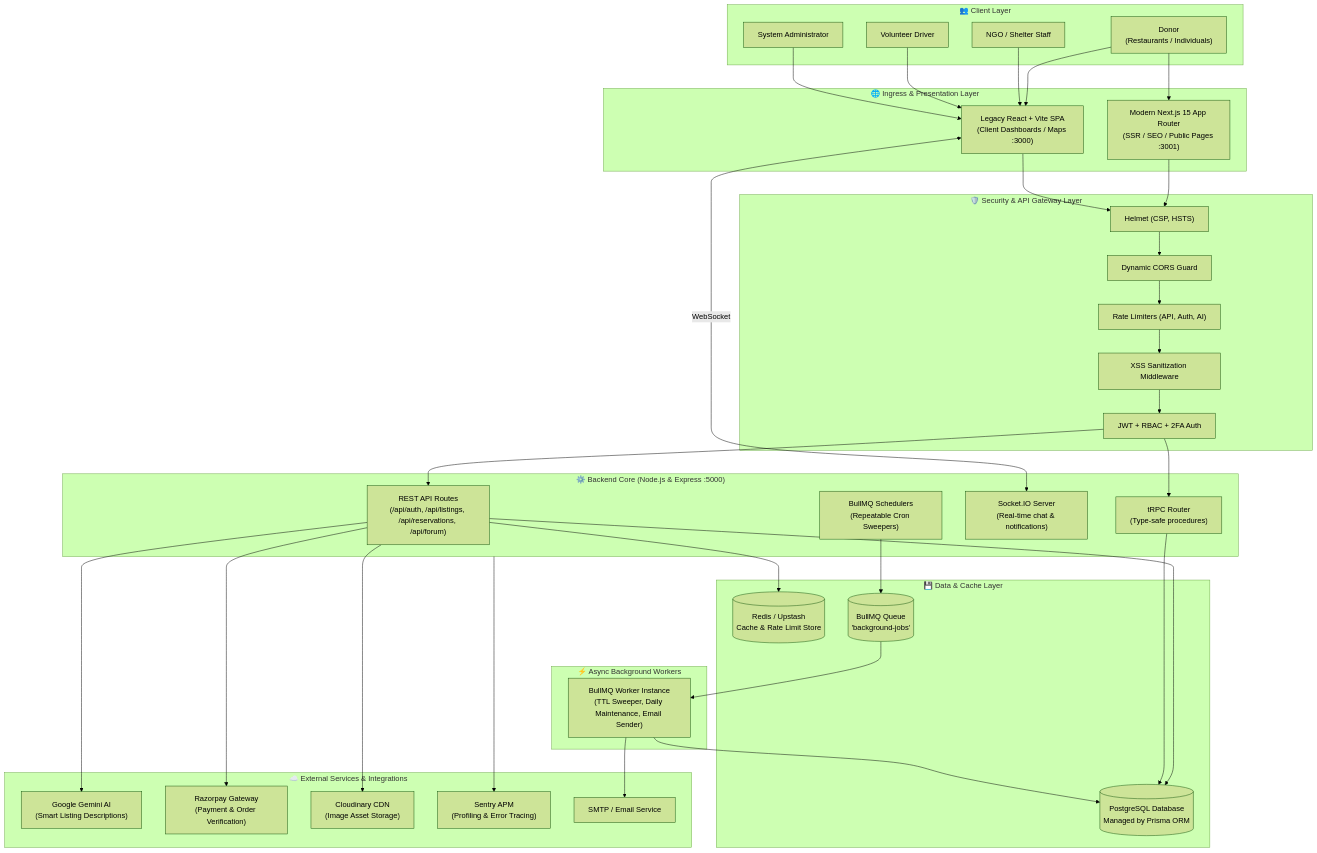
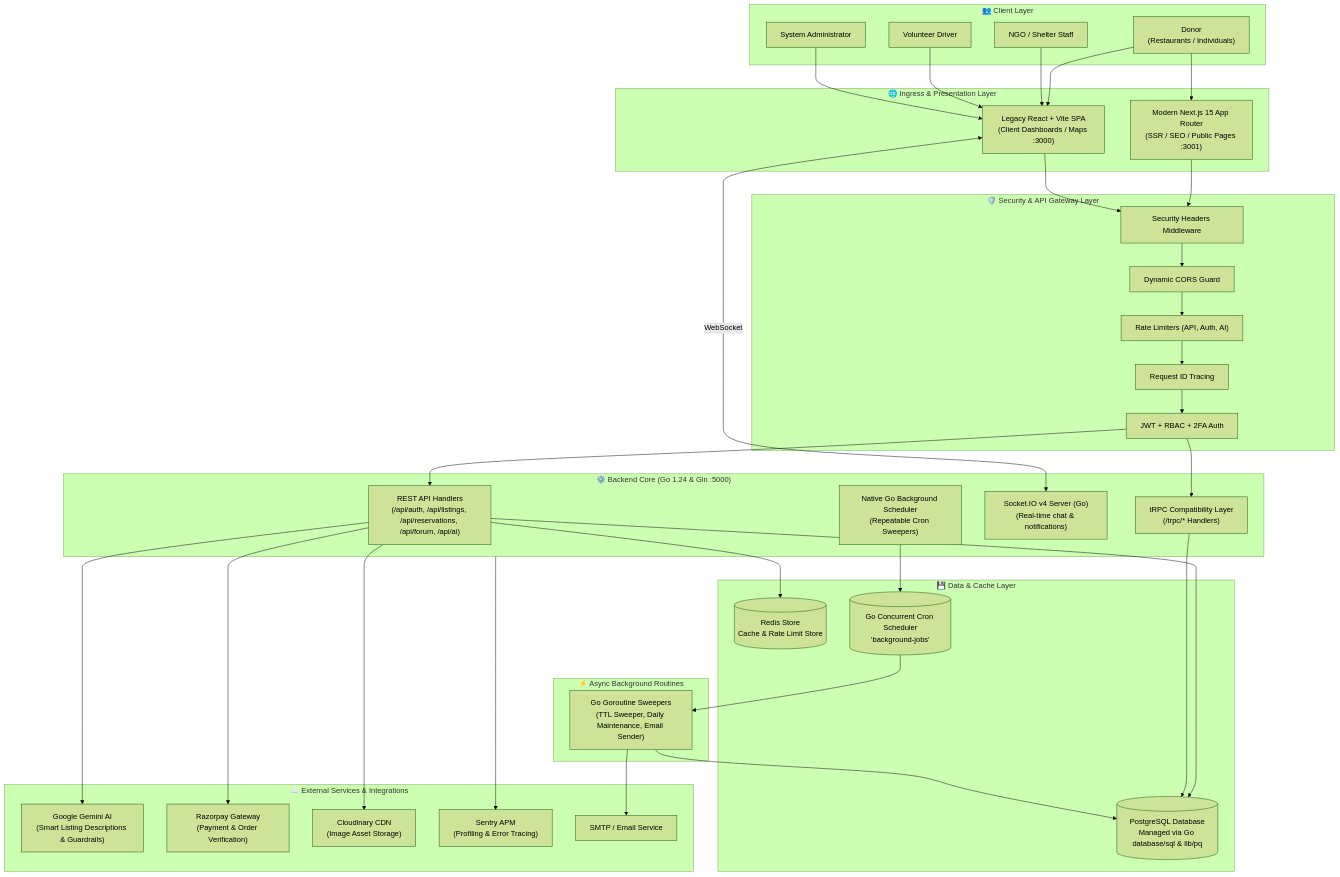
One commit to Susil-commits/Left2Serve changed the first of 5 diagrams in docs/ARCHITECTURE.md. Above: the diagram before and after it, drawn with Mermaid (forest theme). The commit also changed other lines of this file and 80 other files, not shown here.

Commit message:
feat(core): upgrade README to pitch-deck showcase, update architecture docs, and remove legacy Node backend artifacts

````diff
--- a/docs/ARCHITECTURE.md
+++ b/docs/ARCHITECTURE.md
@@ -20,82 +20,82 @@
 ```mermaid
 flowchart TB
     %% Users / Actors
     subgraph Clients["👥 Client Layer"]
         Donor["Donor\n(Restaurants / Individuals)"]
         NGO["NGO / Shelter Staff"]
         Volunteer["Volunteer Driver"]
         Admin["System Administrator"]
     end
 
     %% Edge & Presentation
     subgraph Presentation["🌐 Ingress & Presentation Layer"]
         NextApp["Modern Next.js 15 App Router\n(SSR / SEO / Public Pages :3001)"]
         ViteApp["Legacy React + Vite SPA\n(Client Dashboards / Maps :3000)"]
     end
 
     Donor --> NextApp
     Donor --> ViteApp
     NGO --> ViteApp
     Volunteer --> ViteApp
     Admin --> ViteApp
 
     %% Security & Gateway
     subgraph Gateway["🛡️ Security & API Gateway Layer"]
-        Helmet["Helmet (CSP, HSTS)"]
+        SecurityHeaders["Security Headers Middleware"]
         Cors["Dynamic CORS Guard"]
         RateLimit["Rate Limiters (API, Auth, AI)"]
-        XSS["XSS Sanitization Middleware"]
+        RequestID["Request ID Tracing"]
         AuthMiddleware["JWT + RBAC + 2FA Auth"]
     end
 
-    NextApp --> Helmet
-    ViteApp --> Helmet
-    Helmet --> Cors --> RateLimit --> XSS --> AuthMiddleware
+    NextApp --> SecurityHeaders
+    ViteApp --> SecurityHeaders
+    SecurityHeaders --> Cors --> RateLimit --> RequestID --> AuthMiddleware
 
     %% Backend Services
-    subgraph Backend["⚙️ Backend Core (Node.js & Express :5000)"]
-        RestAPI["REST API Routes\n(/api/auth, /api/listings, /api/reservations, /api/forum)"]
-        TRPCRouter["tRPC Router\n(Type-safe procedures)"]
-        SocketServer["Socket.IO Server\n(Real-time chat & notifications)"]
-        CronManager["BullMQ Schedulers\n(Repeatable Cron Sweepers)"]
+    subgraph Backend["⚙️ Backend Core (Go 1.24 & Gin :5000)"]
+        RestAPI["REST API Handlers\n(/api/auth, /api/listings, /api/reservations, /api/forum, /api/ai)"]
+        TRPCRouter["tRPC Compatibility Layer\n(/trpc/* Handlers)"]
+        SocketServer["Socket.IO v4 Server (Go)\n(Real-time chat & notifications)"]
+        CronManager["Native Go Background Scheduler\n(Repeatable Cron Sweepers)"]
     end
 
     AuthMiddleware --> RestAPI
     AuthMiddleware --> TRPCRouter
     ViteApp <-->|WebSocket| SocketServer
 
     %% Storage & Cache
     subgraph Persistence["💾 Data & Cache Layer"]
-        Postgres[(PostgreSQL Database\nManaged by Prisma ORM)]
-        RedisCache[(Redis / Upstash\nCache & Rate Limit Store)]
-        BullQueue[(BullMQ Queue\n'background-jobs')]
+        Postgres[(PostgreSQL Database\nManaged via Go database/sql & lib/pq)]
+        RedisCache[(Redis Store\nCache & Rate Limit Store)]
+        SchedulerQueue[(Go Concurrent Cron Scheduler\n'background-jobs')]
     end
 
     RestAPI --> Postgres
     TRPCRouter --> Postgres
     RestAPI --> RedisCache
-    CronManager --> BullQueue
+    CronManager --> SchedulerQueue
 
     %% Workers
-    subgraph Workers["⚡ Async Background Workers"]
-        Worker["BullMQ Worker Instance\n(TTL Sweeper, Daily Maintenance, Email Sender)"]
+    subgraph Workers["⚡ Async Background Routines"]
+        Worker["Go Goroutine Sweepers\n(TTL Sweeper, Daily Maintenance, Email Sender)"]
     end
 
-    BullQueue --> Worker
+    SchedulerQueue --> Worker
     Worker --> Postgres
 
     %% External Services
     subgraph External["☁️ External Services & Integrations"]
-        Gemini["Google Gemini AI\n(Smart Listing Descriptions)"]
+        Gemini["Google Gemini AI\n(Smart Listing Descriptions & Guardrails)"]
         Razorpay["Razorpay Gateway\n(Payment & Order Verification)"]
         Cloudinary["Cloudinary CDN\n(Image Asset Storage)"]
         Sentry["Sentry APM\n(Profiling & Error Tracing)"]
         SMTP["SMTP / Email Service"]
     end
 
     RestAPI --> Gemini
     RestAPI --> Razorpay
     RestAPI --> Cloudinary
     Backend --> Sentry
     Worker --> SMTP
 ```
````
